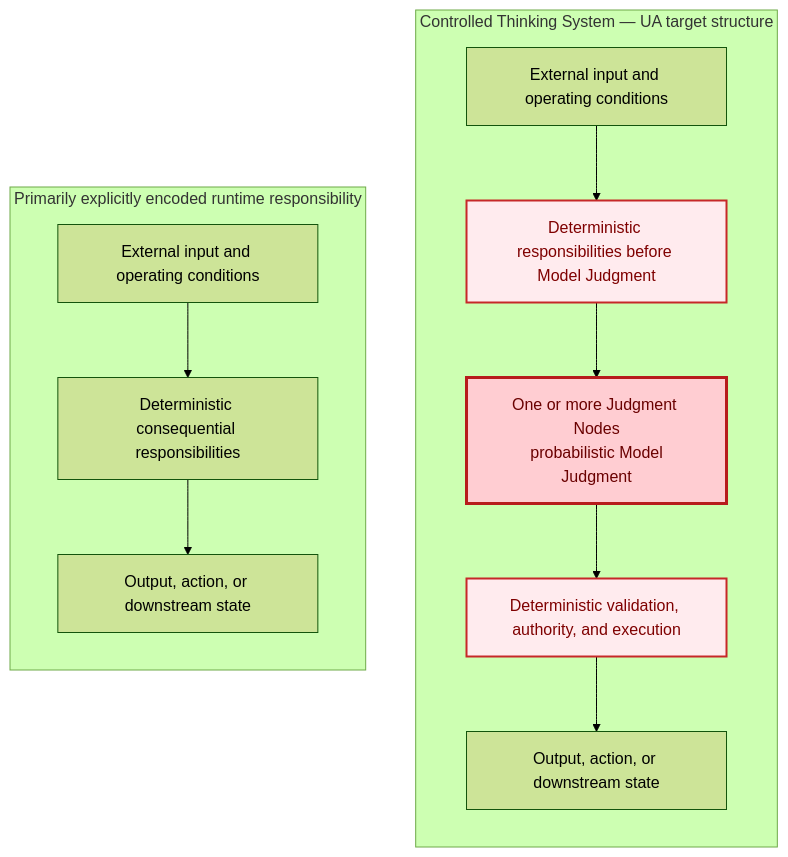
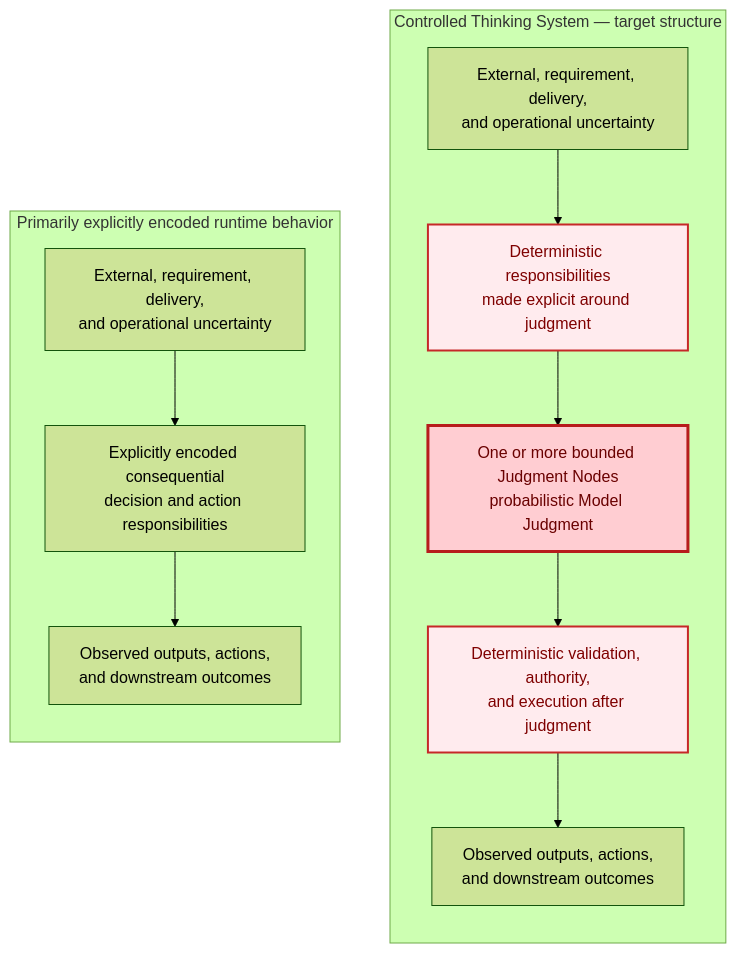
Before and after one commit to UncertaintyArchitectureGroup/uncertainty-architecture: the third of 14 diagrams in content/research/notes/open-engineering-specification-article-draft.md, drawn with Mermaid (forest theme). The commit also changed other lines of this file and 6 other files, not shown here.

````diff
--- a/content/research/notes/open-engineering-specification-article-draft.md
+++ b/content/research/notes/open-engineering-specification-article-draft.md
@@ -193,27 +193,27 @@
 ```mermaid
 flowchart LR
-    subgraph A["Primarily explicitly encoded runtime responsibility"]
+    subgraph A["Primarily explicitly encoded runtime behavior"]
         direction TB
-        A1[External input and operating conditions]
-        A2[Deterministic consequential responsibilities]
-        A3[Output, action, or downstream state]
+        A1["External, requirement, delivery,<br/>and operational uncertainty"]
+        A2["Explicitly encoded consequential<br/>decision and action responsibilities"]
+        A3["Observed outputs, actions,<br/>and downstream outcomes"]
         A1 --> A2 --> A3
     end
 
-    subgraph B["Controlled Thinking System — UA target structure"]
+    subgraph B["Controlled Thinking System — target structure"]
         direction TB
-        B1[External input and operating conditions]
-        B2[Deterministic responsibilities before Model Judgment]
-        J1["One or more Judgment Nodes<br/> probabilistic Model Judgment"]
-        B3[Deterministic validation, authority, and execution]
-        B4[Output, action, or downstream state]
+        B1["External, requirement, delivery,<br/>and operational uncertainty"]
+        B2["Deterministic responsibilities<br/>made explicit around judgment"]
+        J1["One or more bounded Judgment Nodes<br/>probabilistic Model Judgment"]
+        B3["Deterministic validation, authority,<br/>and execution after judgment"]
+        B4["Observed outputs, actions,<br/>and downstream outcomes"]
         B1 --> B2 --> J1 --> B3 --> B4
     end
 
     A2 ~~~ J1
 
     classDef changed fill:#ffebee,stroke:#c62828,stroke-width:2px,color:#7f0000;
     classDef judgment fill:#ffcdd2,stroke:#b71c1c,stroke-width:3px,color:#6a0000;
     class B2,B3 changed;
     class J1 judgment;
 ```
````
